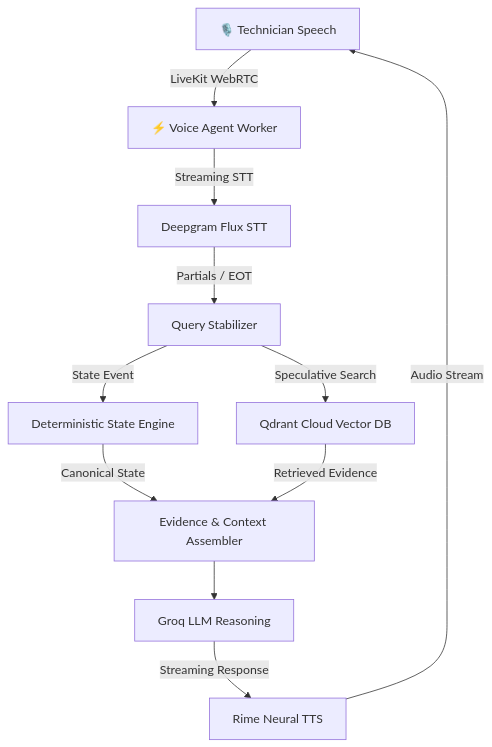
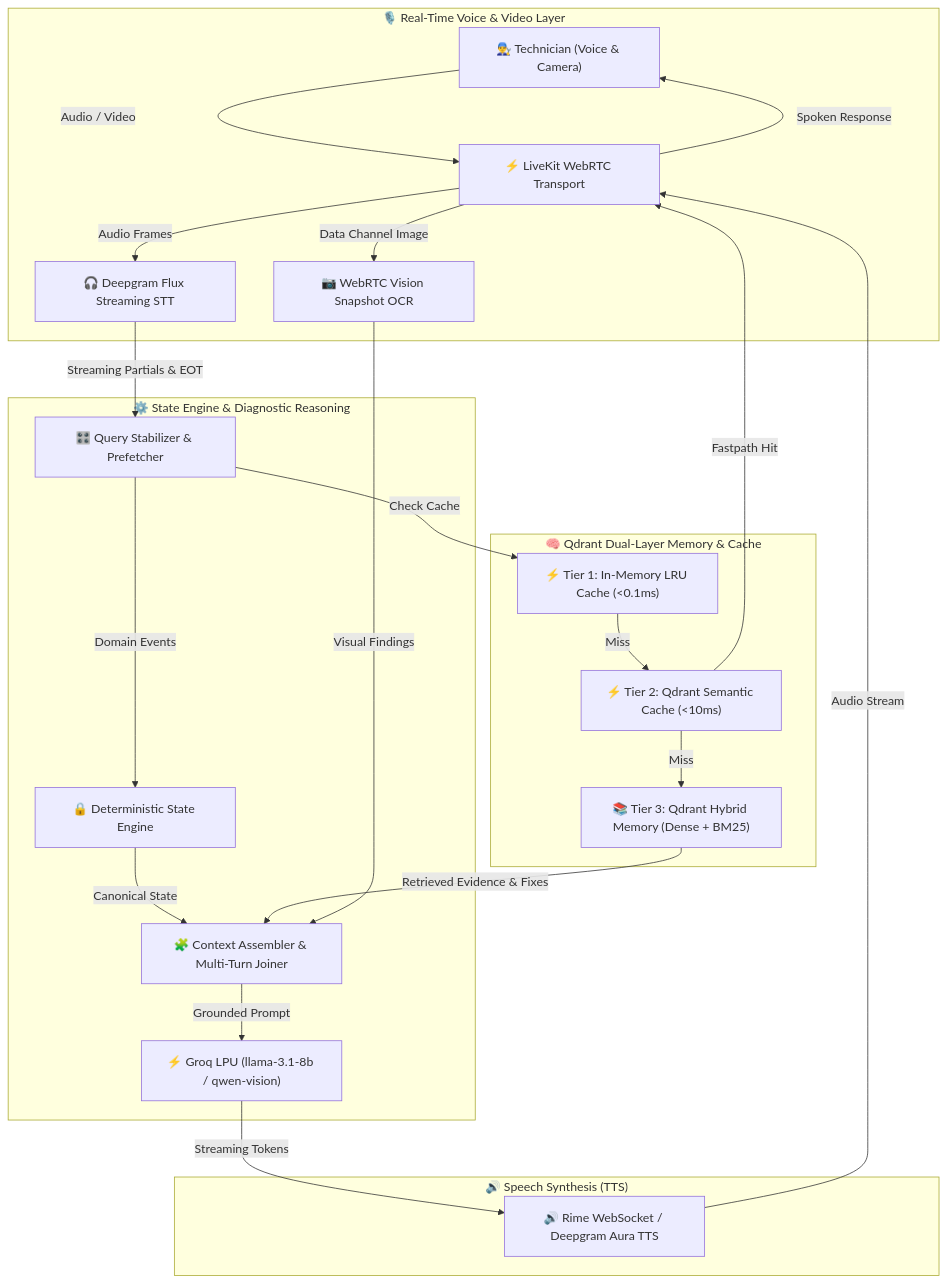
Before and after one commit to esotericdunce/FieldMate: the diagram in README.md, drawn with Mermaid. The commit also changed other lines of this file and 28 other files, not shown here.

Commit message:
feat: multi-tier semantic cache, vision inspection, dual TTS engine, and architecture updates

````diff
--- a/README.md
+++ b/README.md
@@ -21,16 +32,46 @@
 ```mermaid
 flowchart TD
-    Technician[🎙️ Technician Speech] -->|LiveKit WebRTC| VoiceAgent[⚡ Voice Agent Worker]
-    VoiceAgent -->|Streaming STT| Deepgram[Deepgram Flux STT]
-    Deepgram -->|Partials / EOT| Stabilizer[Query Stabilizer]
+    subgraph Voice_Layer["🎙️ Real-Time Voice & Video Layer"]
+        Tech["👨‍🔧 Technician (Voice & Camera)"]
+        LiveKit["⚡ LiveKit WebRTC Transport"]
+        DeepgramSTT["🎧 Deepgram Flux Streaming STT"]
+        Vision["📷 WebRTC Vision Snapshot OCR"]
+    end
+
+    subgraph Memory_Layer["🧠 Qdrant Dual-Layer Memory & Cache"]
+        LRU["⚡ Tier 1: In-Memory LRU Cache (<0.1ms)"]
+        SemCache["⚡ Tier 2: Qdrant Semantic Cache (<10ms)"]
+        DomainMem["📚 Tier 3: Qdrant Hybrid Memory (Dense + BM25)"]
+    end
+
+    subgraph Brain_Layer["⚙️ State Engine & Diagnostic Reasoning"]
+        Stabilizer["🎛️ Query Stabilizer & Prefetcher"]
+        StateEngine["🔒 Deterministic State Engine"]
+        Context["🧩 Context Assembler & Multi-Turn Joiner"]
+        Groq["⚡ Groq LPU (llama-3.1-8b / qwen-vision)"]
+    end
+
+    subgraph Speech_Layer["🔊 Speech Synthesis (TTS)"]
+        TTS["🔊 Rime WebSocket / Deepgram Aura TTS"]
+    end
+
+    Tech -->|Audio / Video| LiveKit
+    LiveKit -->|Audio Frames| DeepgramSTT
+    LiveKit -->|Data Channel Image| Vision
     
-    Stabilizer -->|Speculative Search| Qdrant[Qdrant Cloud Vector DB]
-    Stabilizer -->|State Event| StateEngine[Deterministic State Engine]
+    DeepgramSTT -->|Streaming Partials & EOT| Stabilizer
+    Stabilizer -->|Check Cache| LRU
+    LRU -->|Miss| SemCache
+    SemCache -->|Miss| DomainMem
     
-    StateEngine -->|Canonical State| ContextBuilder[Evidence & Context Assembler]
-    Qdrant -->|Retrieved Evidence| ContextBuilder
+    Stabilizer -->|Domain Events| StateEngine
+    StateEngine -->|Canonical State| Context
+    DomainMem -->|Retrieved Evidence & Fixes| Context
+    Vision -->|Visual Findings| Context
     
-    ContextBuilder --> Groq[Groq LLM Reasoning]
-    Groq -->|Streaming Response| Rime[Rime Neural TTS]
-    Rime -->|Audio Stream| Technician
+    Context -->|Grounded Prompt| Groq
+    SemCache -->|Fastpath Hit| LiveKit
+    Groq -->|Streaming Tokens| TTS
+    TTS -->|Audio Stream| LiveKit
+    LiveKit -->|Spoken Response| Tech
 ```
````
